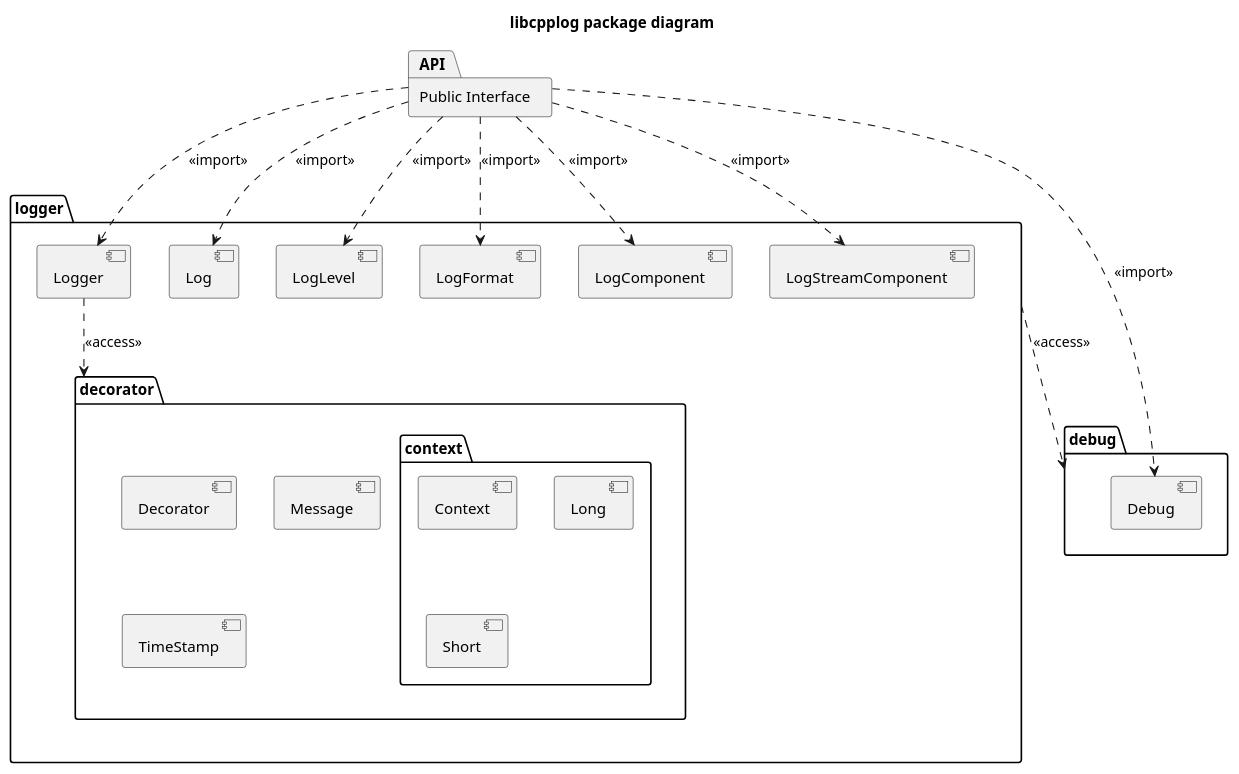
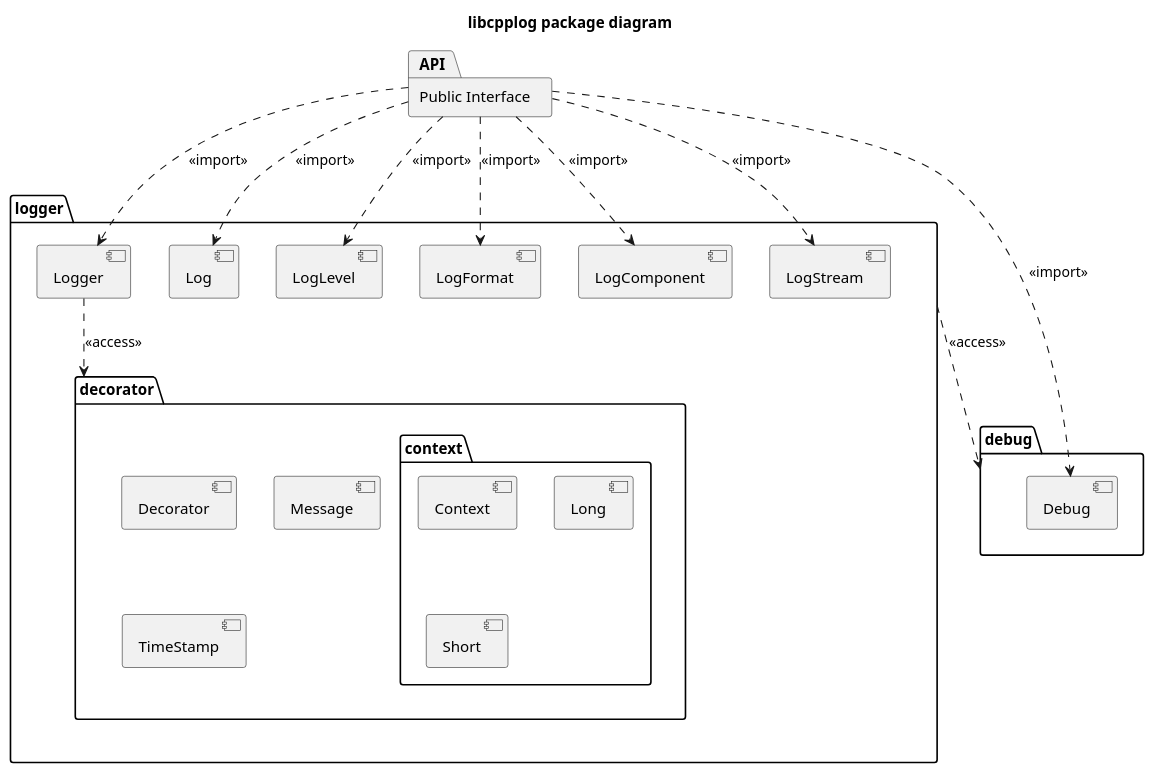
The diagram in libcpplog/doc/package.puml (kfpgk/libcpplog), drawn with PlantUML before and after one commit. The commit also changed 15 other files, not shown here.

First line of the commit message:
Make Logger copyable and introduce LogStream object

```diff
--- a/libcpplog/doc/package.puml
+++ b/libcpplog/doc/package.puml
@@ -1,45 +1,45 @@
 @startuml package-diagram
 
 title libcpplog package diagram
 
 package "Public Interface" as API
 
 package logger {
     [Logger]
     [Log]
     [LogLevel]
     [LogFormat]
     [LogComponent]
-    [LogStreamComponent]
+    [LogStream]
 
     package decorator {
         [Decorator]
         [Message]
         [LogLevel]
         [TimeStamp]
 
         package context {
             [Context]
             [Long]
             [Short]
         }
     }
 }
 
 package debug {
     [Debug]
 }
 
 logger ..> debug : <<access>>
 
 [Logger] ..> decorator : <<access>>
 
 API ..> Logger : <<import>>
 API ..> Log : <<import>>
 API ..> LogLevel : <<import>>
 API ..> LogFormat : <<import>>
 API ..> LogComponent : <<import>>
-API ..> LogStreamComponent : <<import>>
+API ..> LogStream : <<import>>
 API ..> Debug : <<import>>
 
 @enduml
```
